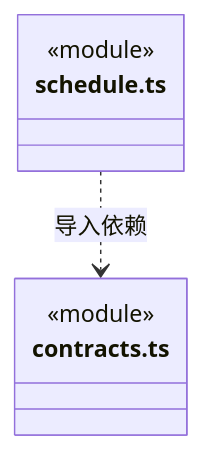
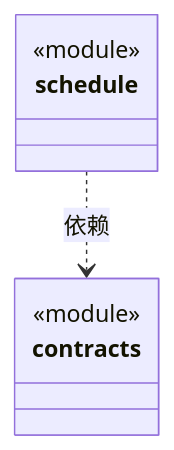
Before and after one commit to nan023062/cbim: the diagram in src/logic/automation/rules/ARCHITECTURE.md, drawn with Mermaid. The commit also changed other lines of this file and 158 other files, not shown here.

Commit message:
docs: model architecture through nested virtual encapsulations

````diff
--- a/src/logic/automation/rules/ARCHITECTURE.md
+++ b/src/logic/automation/rules/ARCHITECTURE.md
@@ -147,10 +20,12 @@
 ```mermaid
 classDiagram
-class N_src_logic_automation_rules_schedule_ts["schedule.ts"] {
+class N_11f9e1d4d89b["contracts"] {
   <<module>>
 }
-class N_src_logic_automation_rules_contracts_ts["contracts.ts"] {
+click N_11f9e1d4d89b href "contracts.ts"
+class N_22d59f303adf["schedule"] {
   <<module>>
 }
-N_src_logic_automation_rules_schedule_ts ..> N_src_logic_automation_rules_contracts_ts : 导入依赖
+click N_22d59f303adf href "schedule.ts"
+N_22d59f303adf ..> N_11f9e1d4d89b : 依赖
 ```
````
